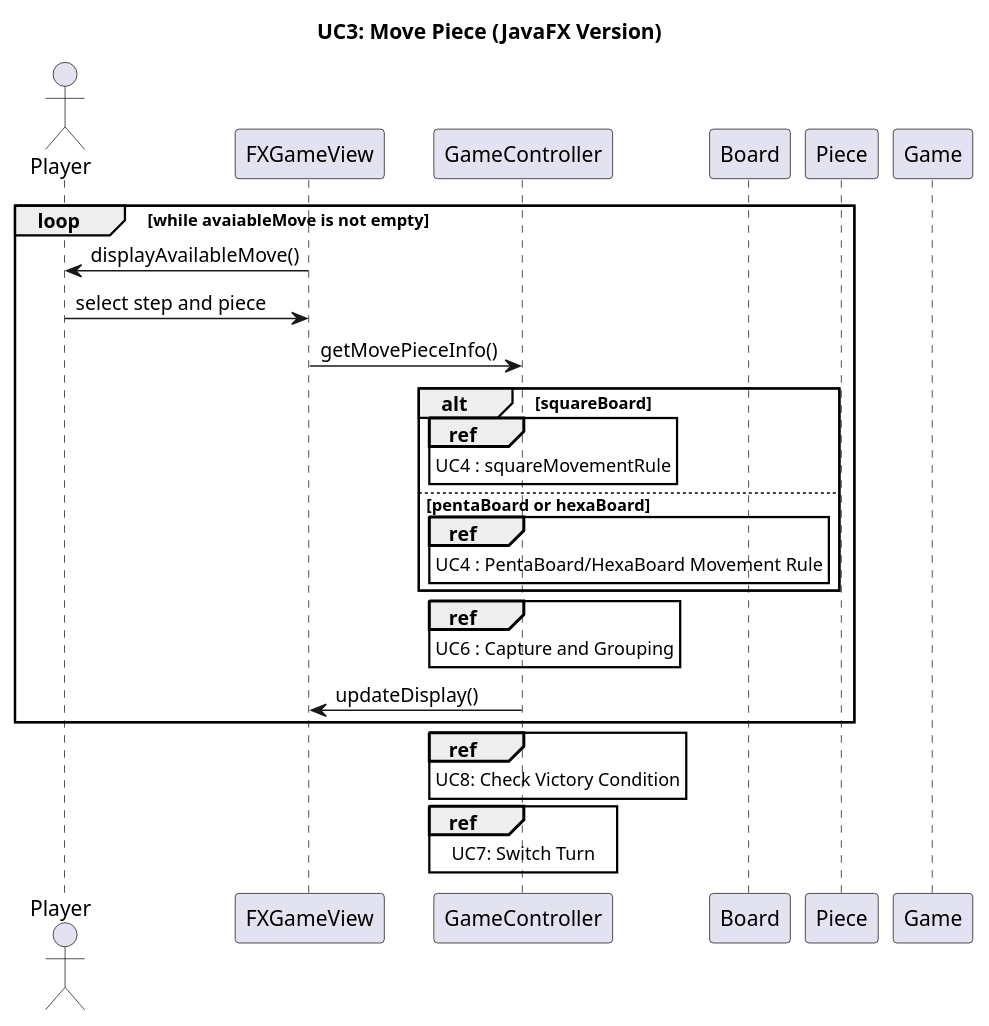
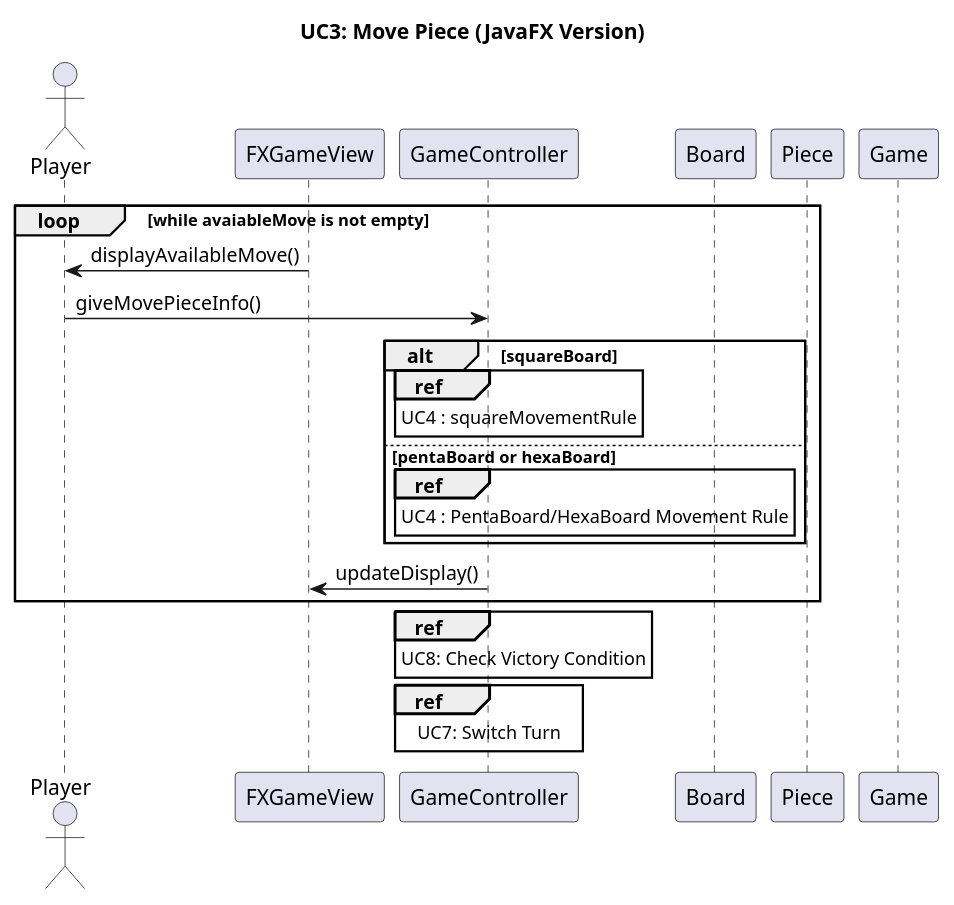
Before and after one commit to jack0928/SE-Term-Project-2025: the diagram in UC3FX.puml, drawn with PlantUML. The commit also changed 1 other file, not shown here.

```diff
--- a/UC3FX.puml
+++ b/UC3FX.puml
@@ -1,41 +1,37 @@
 @startuml
 title UC3: Move Piece (JavaFX Version)
 
 actor Player
 participant FXGameView as FXGameView
 participant GameController as GameController
 participant Board as Board
 participant Piece as Piece
 participant Game as Game
 
 loop while avaiableMove is not empty
 FXGameView -> Player : displayAvailableMove()
-Player -> FXGameView : select step and piece
-FXGameView -> GameController : getMovePieceInfo()
+Player-> GameController : giveMovePieceInfo()
 alt squareBoard
 	ref over GameController
 		UC4 : squareMovementRule
 	end ref
 else pentaBoard or hexaBoard
 	ref over GameController
 		UC4 : PentaBoard/HexaBoard Movement Rule
 	end ref
 end alt
-ref over GameController
-		UC6 : Capture and Grouping
-	end ref
 GameController -> FXGameView : updateDisplay()
 end loop
 
 
 
 '필요 없을듯?'
 ref over GameController
 	UC8: Check Victory Condition
 end ref
 ref over GameController
 	UC7: Switch Turn
 end ref
 
 
 @enduml
```
